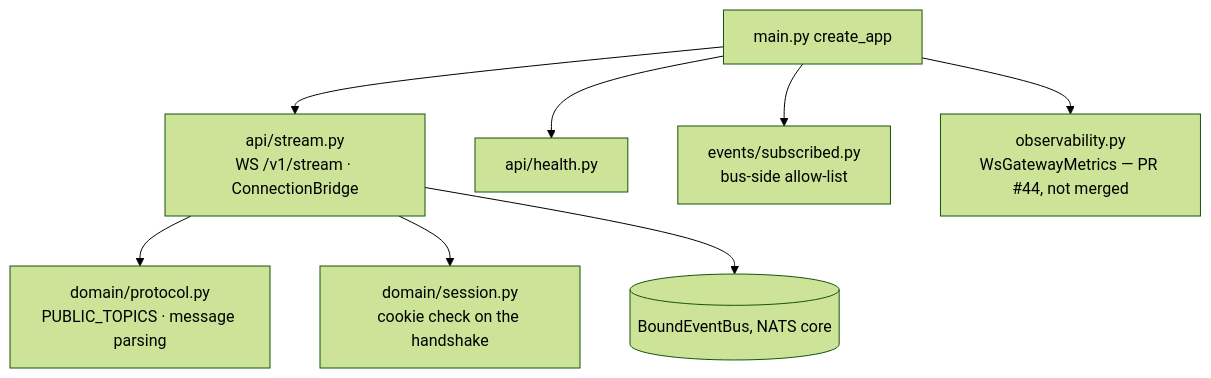
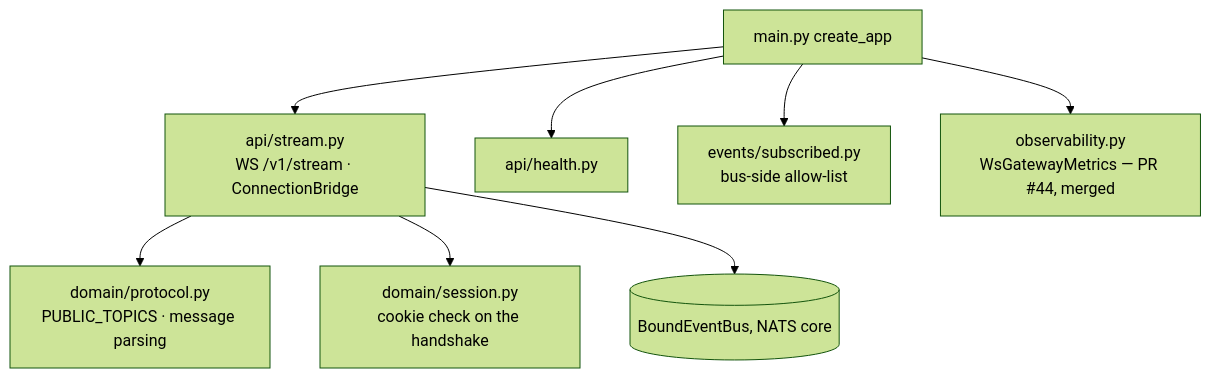
Before and after one commit to Tudor191/NOVA-PROJECT-BIBLE: the eighth of 18 diagrams in docs/design/phase-4/14-subsystem-flows-and-components.md, drawn with Mermaid (forest theme). The commit also changed other lines of this file and 2 other files, not shown here.

````diff
--- a/docs/design/phase-4/14-subsystem-flows-and-components.md
+++ b/docs/design/phase-4/14-subsystem-flows-and-components.md
@@ -232,10 +268,10 @@
 ```mermaid
 graph TD
   main[main.py create_app] --> stream[api/stream.py<br/>WS /v1/stream · ConnectionBridge]
   main --> health[api/health.py]
   stream --> proto[domain/protocol.py<br/>PUBLIC_TOPICS · message parsing]
   stream --> sess[domain/session.py<br/>cookie check on the handshake]
   stream --> bus[(BoundEventBus, NATS core)]
   main --> sub[events/subscribed.py<br/>bus-side allow-list]
-  main --> obs[observability.py<br/>WsGatewayMetrics — PR #44, not merged]
+  main --> obs[observability.py<br/>WsGatewayMetrics — PR #44, merged]
 ```
````
